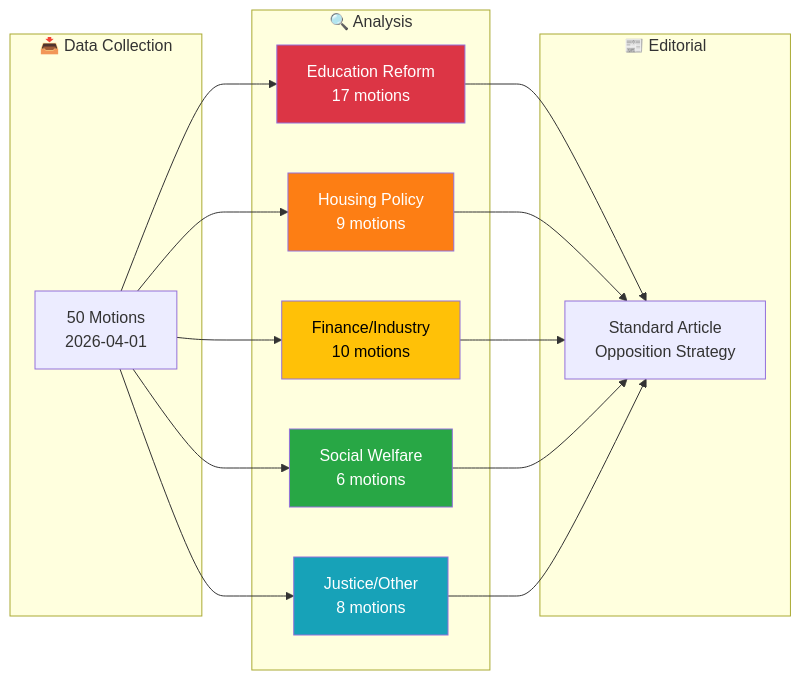
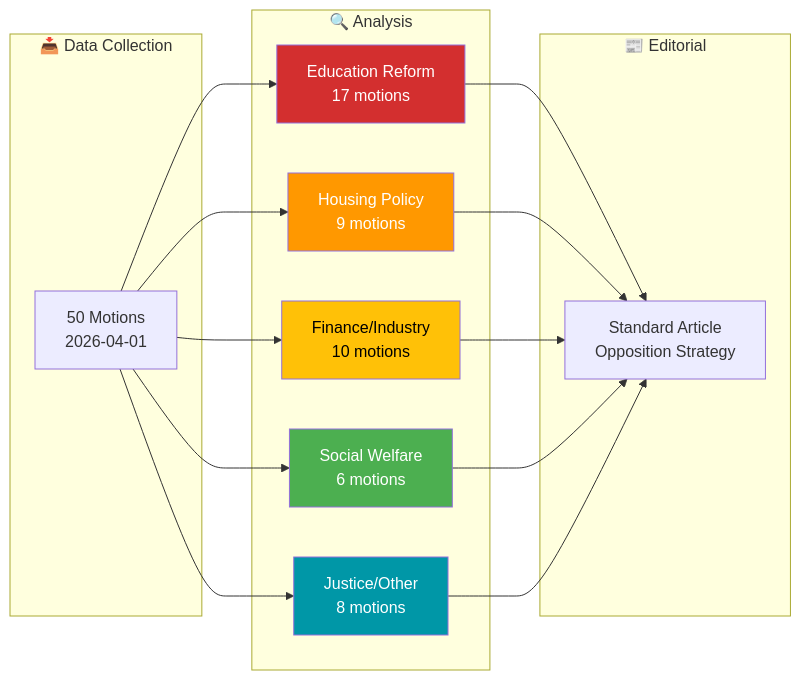
The first of 2 diagrams in analysis/daily/2026-04-03/motions/synthesis-summary.md (Hack23/riksdagsmonitor), drawn with Mermaid before and after one commit. The commit also changed 785 other files, not shown here.

First line of the commit message:
Normalize mermaid colors across 786 analysis artifacts to ISMS Style Guide palette

````diff
--- a/analysis/daily/2026-04-03/motions/synthesis-summary.md
+++ b/analysis/daily/2026-04-03/motions/synthesis-summary.md
@@ -13,23 +13,23 @@
 ```mermaid
 flowchart LR
     subgraph Input["📥 Data Collection"]
         A["50 Motions<br/>2026-04-01"]
     end
     subgraph Analysis["🔍 Analysis"]
         B["Education Reform<br/>17 motions"]
         C["Housing Policy<br/>9 motions"]
         D["Finance/Industry<br/>10 motions"]
         E["Social Welfare<br/>6 motions"]
         F["Justice/Other<br/>8 motions"]
     end
     subgraph Output["📰 Editorial"]
         G["Standard Article<br/>Opposition Strategy"]
     end
     A --> B & C & D & E & F
     B & C & D & E & F --> G
-    style B fill:#dc3545,color:#fff
-    style C fill:#fd7e14,color:#fff
-    style D fill:#ffc107,color:#000
-    style E fill:#28a745,color:#fff
-    style F fill:#17a2b8,color:#fff
+    style B fill:#D32F2F,color:#FFFFFF
+    style C fill:#FF9800,color:#FFFFFF
+    style D fill:#FFC107,color:#000000
+    style E fill:#4CAF50,color:#FFFFFF
+    style F fill:#0097A7,color:#FFFFFF
 ```
````
